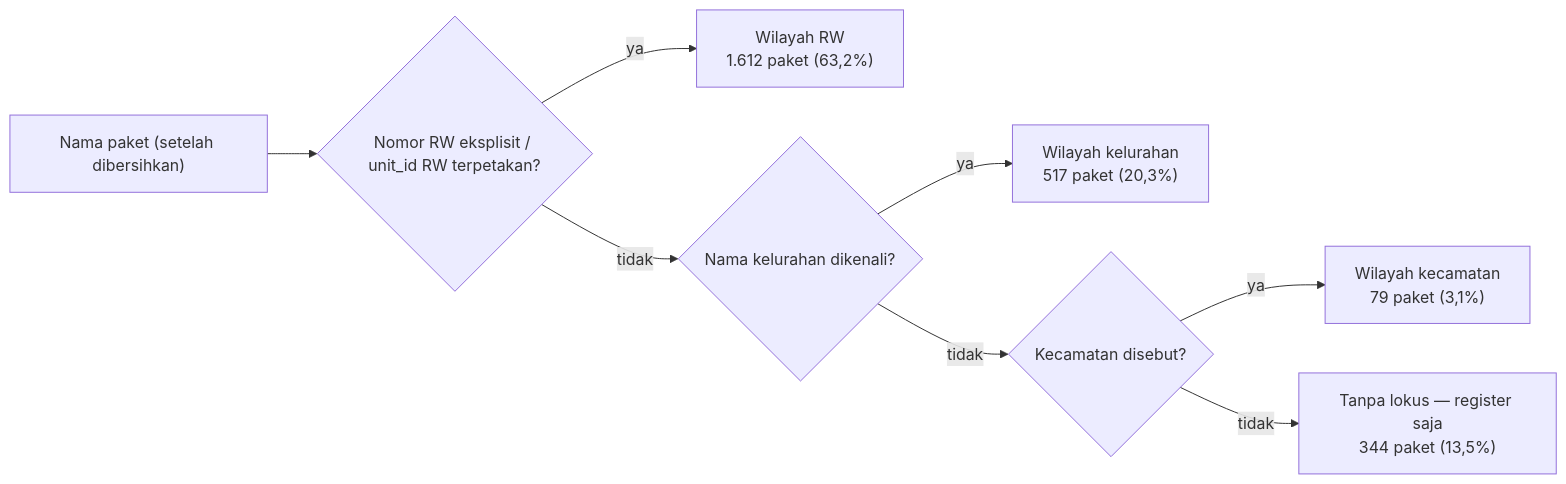
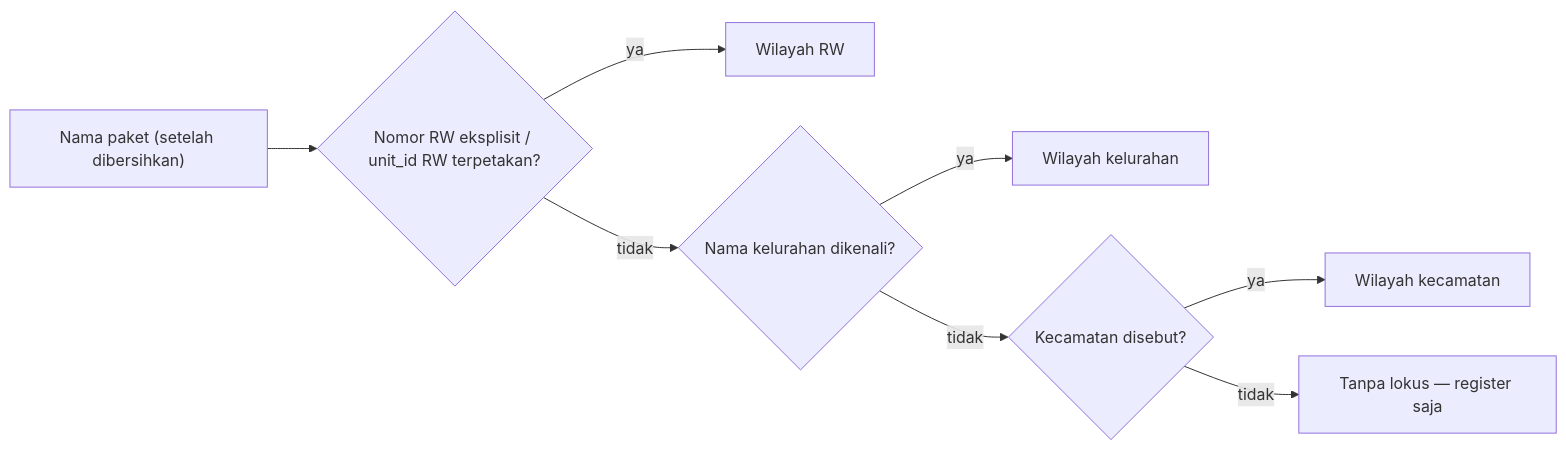
One commit to repyh/saksi changed the diagram in docs/SPEC.md. Above: the diagram before and after it, drawn with Mermaid. The commit also changed other lines of this file and 13 other files, not shown here.

````diff
--- a/docs/SPEC.md
+++ b/docs/SPEC.md
@@ -76,10 +76,10 @@
 ```mermaid
 flowchart LR
   TXT["Nama paket (setelah dibersihkan)"] --> RW{"Nomor RW eksplisit / unit_id RW terpetakan?"}
-  RW -->|ya| T1["Wilayah RW<br/>1.612 paket (63,2%)"]
+  RW -->|ya| T1["Wilayah RW"]
   RW -->|tidak| KEL{"Nama kelurahan dikenali?"}
-  KEL -->|ya| T2["Wilayah kelurahan<br/>517 paket (20,3%)"]
+  KEL -->|ya| T2["Wilayah kelurahan"]
   KEL -->|tidak| KEC{"Kecamatan disebut?"}
-  KEC -->|ya| T3["Wilayah kecamatan<br/>79 paket (3,1%)"]
-  KEC -->|tidak| T4["Tanpa lokus — register saja<br/>344 paket (13,5%)"]
+  KEC -->|ya| T3["Wilayah kecamatan"]
+  KEC -->|tidak| T4["Tanpa lokus — register saja"]
 ```
````
